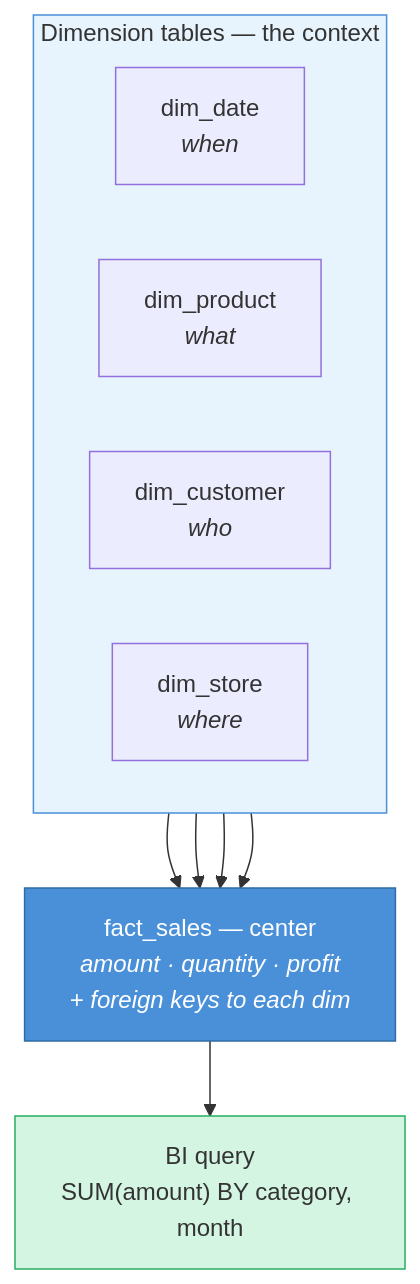
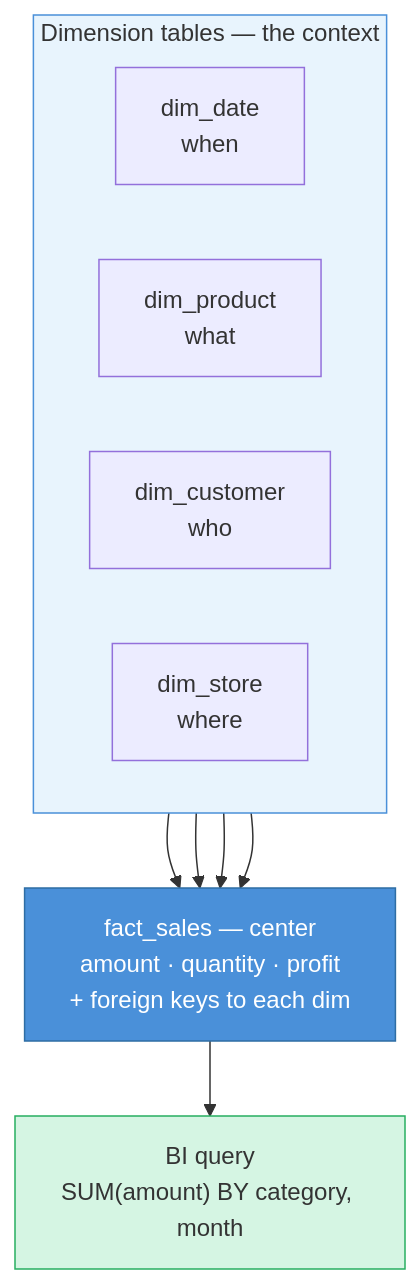
Before and after one commit to adnanrahin/adnanrahin.github.io: the seventh of 7 diagrams in data-architecture/architecture-map.md, drawn with Mermaid. The commit also changed other lines of this file and 3 other files, not shown here.

Commit message:
updated the flowchart

````diff
--- a/data-architecture/architecture-map.md
+++ b/data-architecture/architecture-map.md
@@ -352,23 +352,23 @@
 ```mermaid
 flowchart TD
     subgraph DIMS["Dimension tables — the context"]
         direction LR
-        DD["dim_date<br/><i>when</i>"]
-        DP["dim_product<br/><i>what</i>"]
-        DC["dim_customer<br/><i>who</i>"]
-        DS["dim_store<br/><i>where</i>"]
+        DD["dim_date<br/>when"]
+        DP["dim_product<br/>what"]
+        DC["dim_customer<br/>who"]
+        DS["dim_store<br/>where"]
     end
 
-    FACT["fact_sales — center<br/><i>amount · quantity · profit</i><br/><i>+ foreign keys to each dim</i>"]
+    FACT["fact_sales — center<br/>amount · quantity · profit<br/>+ foreign keys to each dim"]
 
     DD --> FACT
     DP --> FACT
     DC --> FACT
     DS --> FACT
 
     FACT --> BI5["BI query<br/>SUM(amount) BY category, month"]
 
     style FACT fill:#4A90D9,color:#fff,stroke:#2E6DA4
     style DIMS fill:#E8F4FD,stroke:#4A90D9
     style BI5 fill:#D5F5E3,stroke:#27AE60
 ```
````
